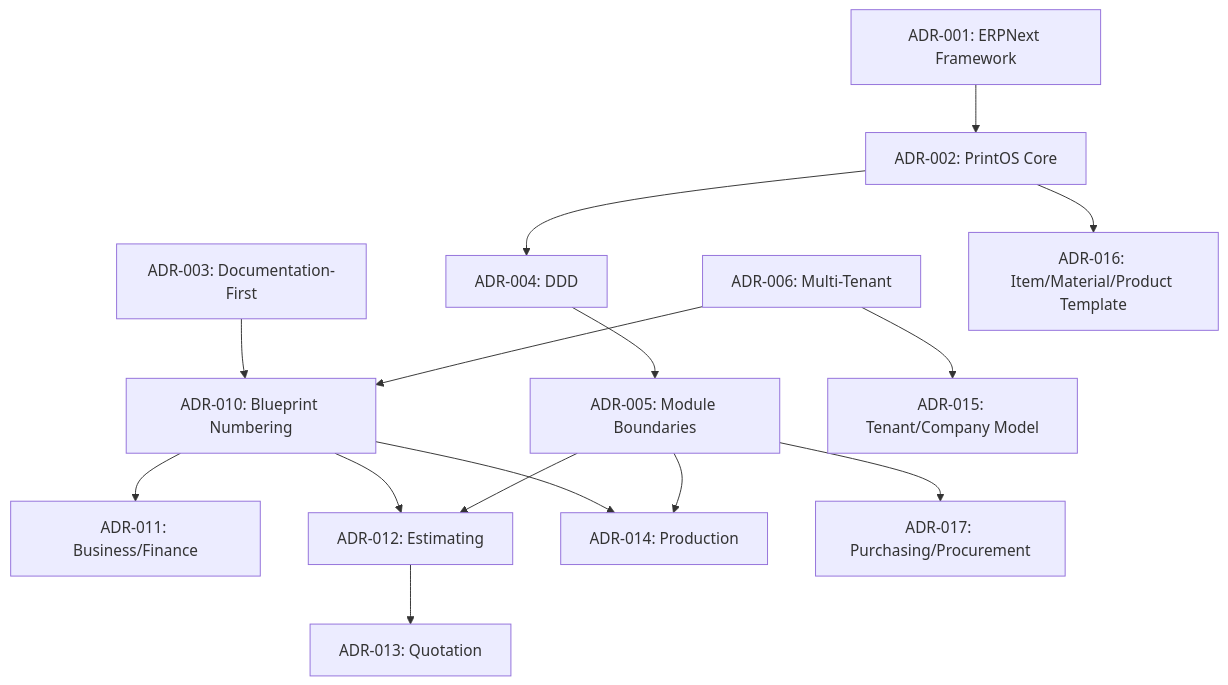
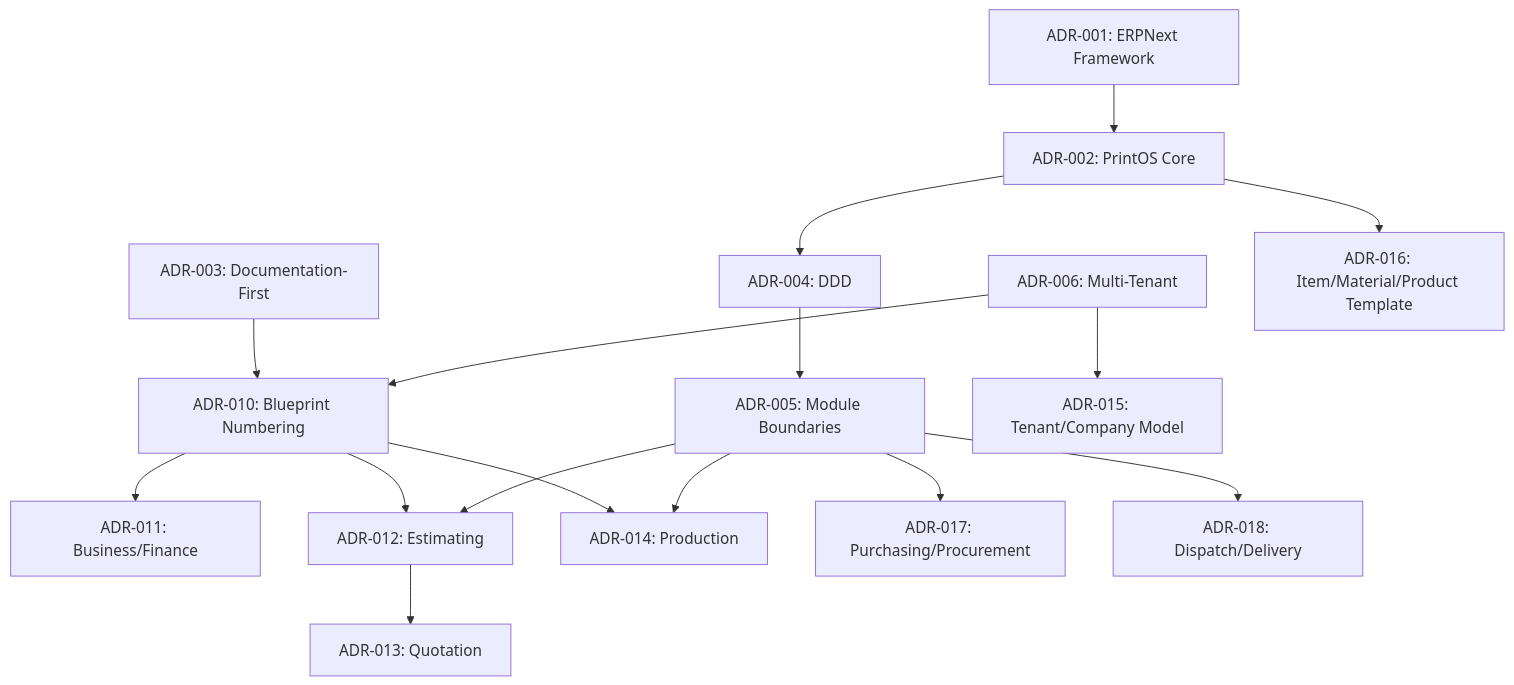
Before and after one commit to ganapathyvijai/printos: the diagram in docs/decisions/00_ADR_Index.md, drawn with Mermaid. The commit also changed other lines of this file and 14 other files, not shown here.

````diff
--- a/docs/decisions/00_ADR_Index.md
+++ b/docs/decisions/00_ADR_Index.md
@@ -55,17 +56,18 @@
 ```mermaid
 flowchart TB
     ADR001["ADR-001: ERPNext Framework"] --> ADR002["ADR-002: PrintOS Core"]
     ADR002 --> ADR004["ADR-004: DDD"]
     ADR004 --> ADR005["ADR-005: Module Boundaries"]
     ADR003["ADR-003: Documentation-First"] --> ADR010["ADR-010: Blueprint Numbering"]
     ADR010 --> ADR011["ADR-011: Business/Finance"]
     ADR010 --> ADR012["ADR-012: Estimating"]
     ADR010 --> ADR014["ADR-014: Production"]
     ADR012 --> ADR013["ADR-013: Quotation"]
     ADR005 --> ADR012
     ADR005 --> ADR014
     ADR006["ADR-006: Multi-Tenant"] --> ADR010
     ADR006 --> ADR015["ADR-015: Tenant/Company Model"]
     ADR002 --> ADR016["ADR-016: Item/Material/Product Template"]
     ADR005 --> ADR017["ADR-017: Purchasing/Procurement"]
+    ADR005 --> ADR018["ADR-018: Dispatch/Delivery"]
 ```
````
